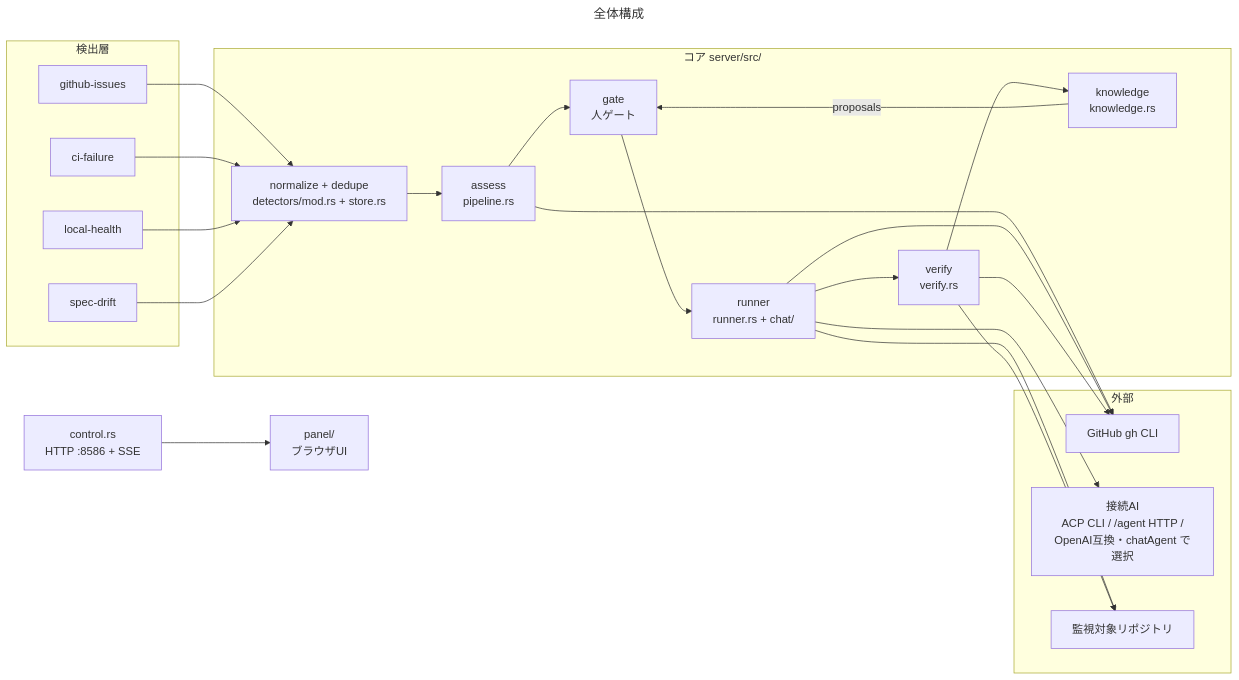
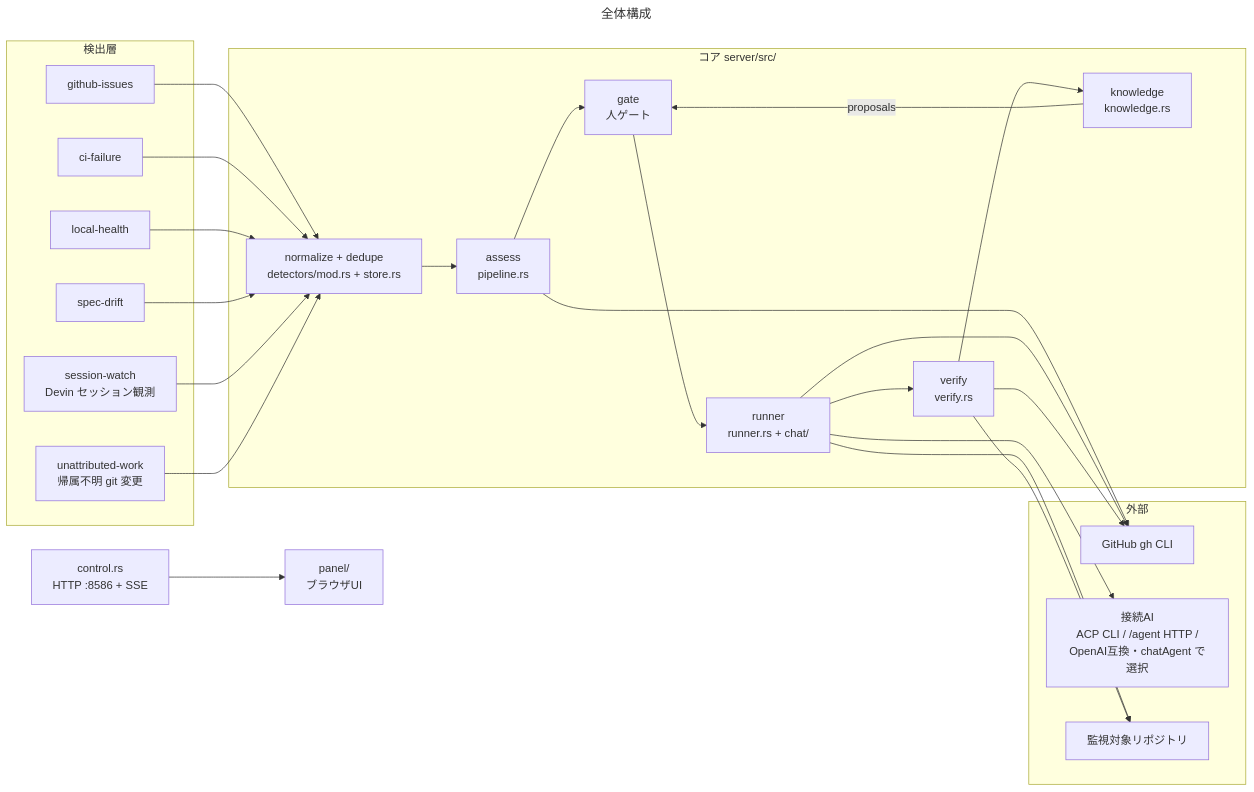
Before and after one commit to yamamoto-ryuzo/kasugai_agent: the second of 13 diagrams in diagrams/docs/3-1-diagrams.md, drawn with Mermaid. The commit also changed other lines of this file and 80 other files, not shown here.

````diff
--- a/diagrams/docs/3-1-diagrams.md
+++ b/diagrams/docs/3-1-diagrams.md
@@ -71,34 +111,36 @@
 ```mermaid
 ---
 title: 全体構成
 ---
 flowchart LR
     subgraph Detect[検出層]
         D1[github-issues]
         D2[ci-failure]
         D3[local-health]
         D4[spec-drift]
+        D5[session-watch<br/>Devin セッション観測]
+        D6[unattributed-work<br/>帰属不明 git 変更]
     end
 
     subgraph Core[コア server/src/]
         N[normalize + dedupe<br/>detectors/mod.rs + store.rs]
         A[assess<br/>pipeline.rs]
         G[gate<br/>人ゲート]
         R[runner<br/>runner.rs + chat/]
         V[verify<br/>verify.rs]
         K[knowledge<br/>knowledge.rs]
     end
 
     subgraph IO[外部]
         GH[GitHub gh CLI]
         DV[接続AI<br/>ACP CLI / /agent HTTP /<br/>OpenAI互換・chatAgent で選択]
         RP[監視対象リポジトリ]
     end
 
     C[control.rs<br/>HTTP :8586 + SSE] --> P[panel/<br/>ブラウザUI]
-    D1 & D2 & D3 & D4 --> N --> A --> G --> R --> V --> K
+    D1 & D2 & D3 & D4 & D5 & D6 --> N --> A --> G --> R --> V --> K
     R --> DV
     A & R & V --> GH
     R & V --> RP
     K -->|proposals| G
 ```
````
